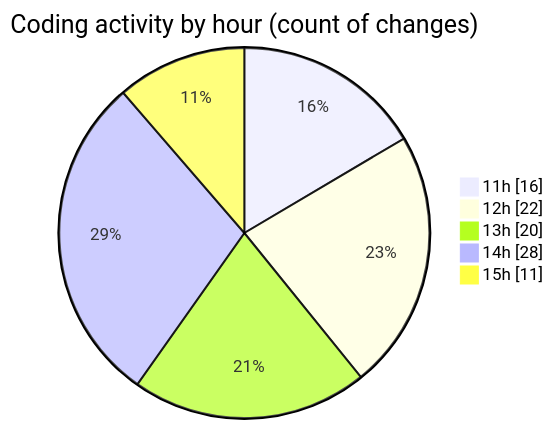
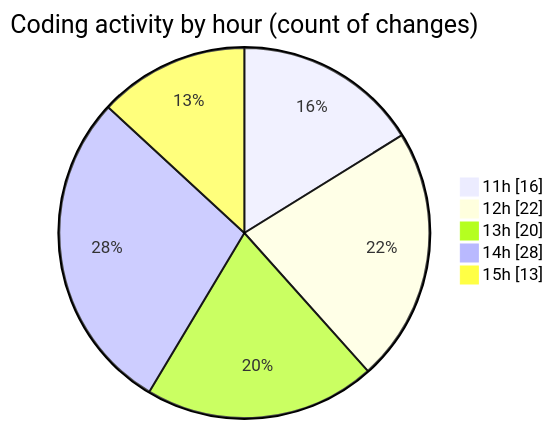
Before and after one commit to donsfak/code-tracking: the second of 2 diagrams in 2025-03-25/wordle/README.md, drawn with Mermaid. The commit also changed other lines of this file and 1 other file, not shown here.

````diff
--- a/2025-03-25/wordle/README.md
+++ b/2025-03-25/wordle/README.md
@@ -37,9 +37,9 @@
 ```mermaid
 pie showData
 title Coding activity by hour (count of changes)
 "11h" : 16
 "12h" : 22
 "13h" : 20
 "14h" : 28
-"15h" : 11
+"15h" : 13
 ```
````
